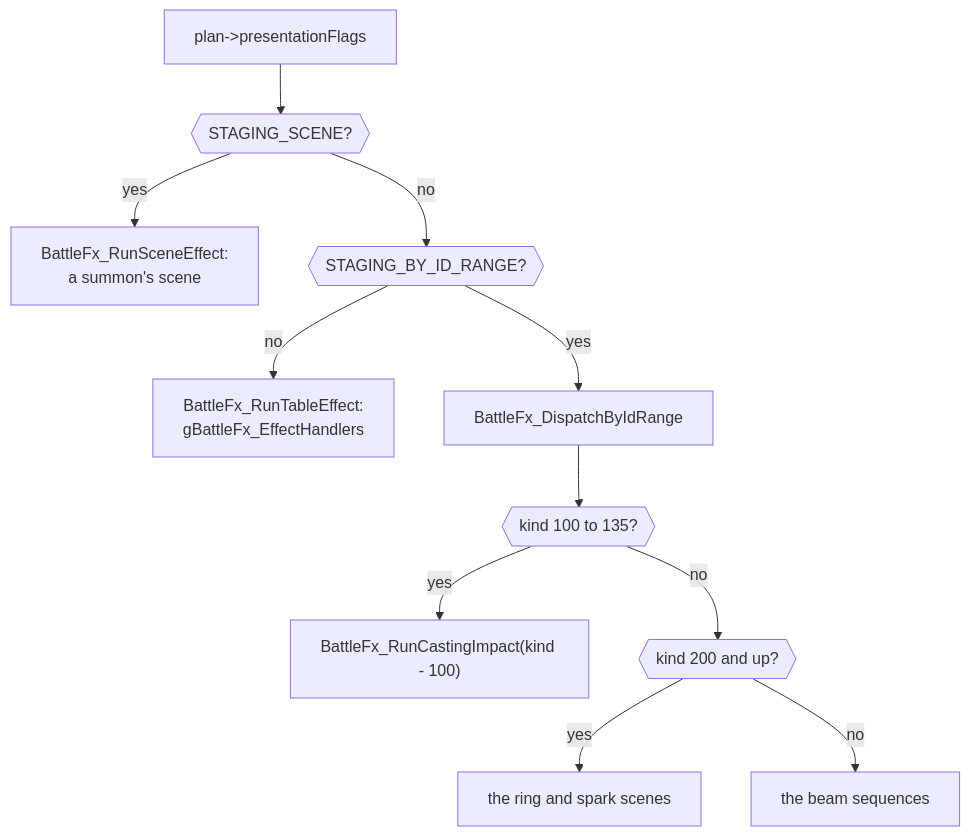
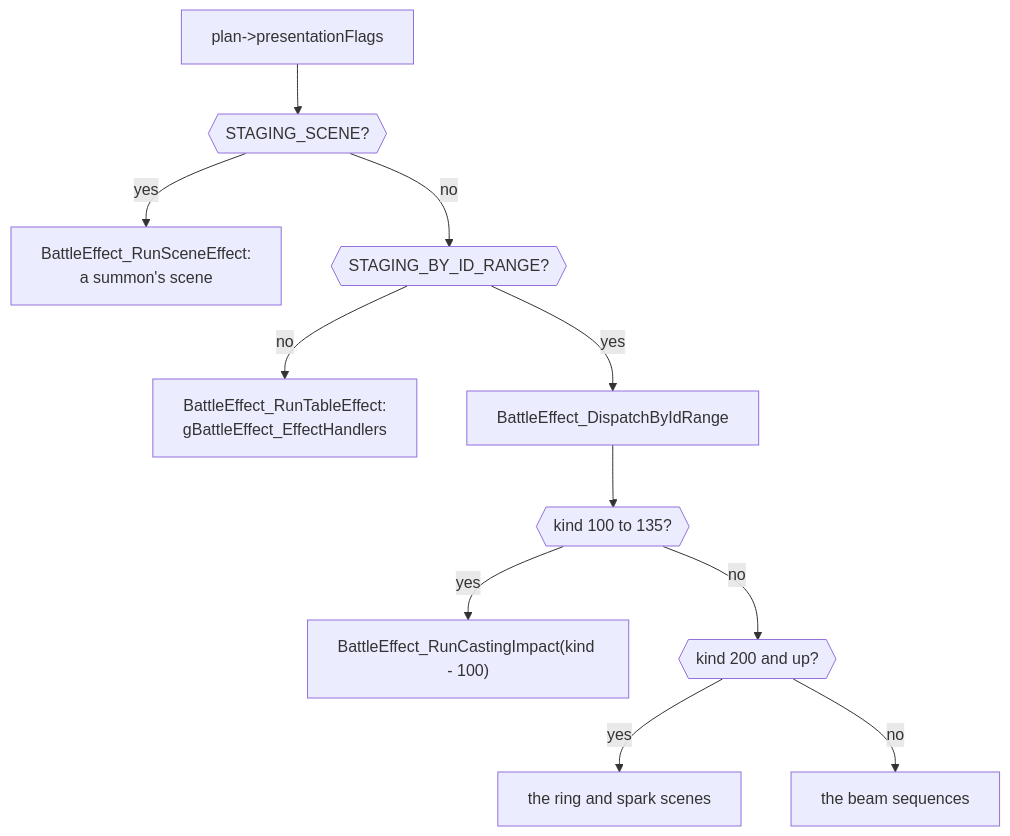
One commit to PascalPixel/alchemy changed the first of 5 diagrams in games/tbs/src/effect/README.md. Above: the diagram before and after it, drawn with Mermaid. The commit also changed other lines of this file and 1359 other files, not shown here.

First line of the commit message:
Names: BattleFx_ is BattleEffect_

````diff
--- a/games/tbs/src/effect/README.md
+++ b/games/tbs/src/effect/README.md
@@ -150,13 +150,13 @@
 ```mermaid
 flowchart TD
     flags["plan->presentationFlags"] --> scene{{"STAGING_SCENE?"}}
-    scene -->|yes| sceneFx["BattleFx_RunSceneEffect:<br/>a summon's scene"]
+    scene -->|yes| sceneFx["BattleEffect_RunSceneEffect:<br/>a summon's scene"]
     scene -->|no| range{{"STAGING_BY_ID_RANGE?"}}
-    range -->|no| table["BattleFx_RunTableEffect:<br/>gBattleFx_EffectHandlers"]
-    range -->|yes| byId["BattleFx_DispatchByIdRange"]
+    range -->|no| table["BattleEffect_RunTableEffect:<br/>gBattleEffect_EffectHandlers"]
+    range -->|yes| byId["BattleEffect_DispatchByIdRange"]
     byId --> impact{{"kind 100 to 135?"}}
-    impact -->|yes| cast["BattleFx_RunCastingImpact(kind - 100)"]
+    impact -->|yes| cast["BattleEffect_RunCastingImpact(kind - 100)"]
     impact -->|no| ring{{"kind 200 and up?"}}
     ring -->|yes| rings["the ring and spark scenes"]
     ring -->|no| beams["the beam sequences"]
 ```
````
